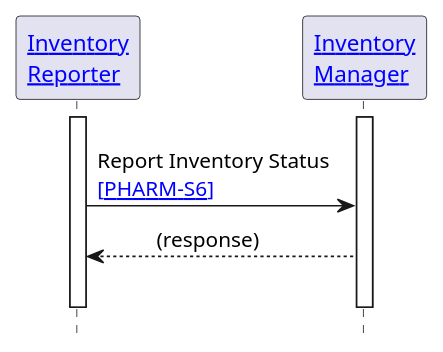
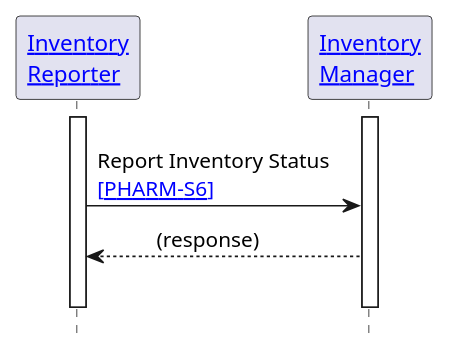
One commit to IHE/pharm-supply changed the diagram in input/images-source/pharm-s6.plantuml. Above: the diagram before and after it, drawn with PlantUML.

```diff
--- a/input/images-source/pharm-s6.plantuml
+++ b/input/images-source/pharm-s6.plantuml
@@ -1,22 +1,22 @@
 @startuml
 
 hide footbox
 
 '!include ./style.iuml
 
 
 participant "[[actors_and_transactions.html#inventory-reporter Inventory\nReporter]]" as IR
 participant "[[actors_and_transactions.html#inventory-manager Inventory\nManager]]" as IM
 
 activate IR
 activate IM
 
 IR -[hidden]> IM
-IR -> IM: Report Inventory Status\n[[PHARM-S6.html{Inventory Status report} ~[PHARM-S6~]]]
+IR -> IM: Report Inventory Status \n[[PHARM-S6.html {Inventory Status report} ~[PHARM-S6~]]]
 IR <-- IM: \t(response)\t
 IR -[hidden]> IM :"  "
 
 deactivate IR
 deactivate IM
 
 @enduml
```
